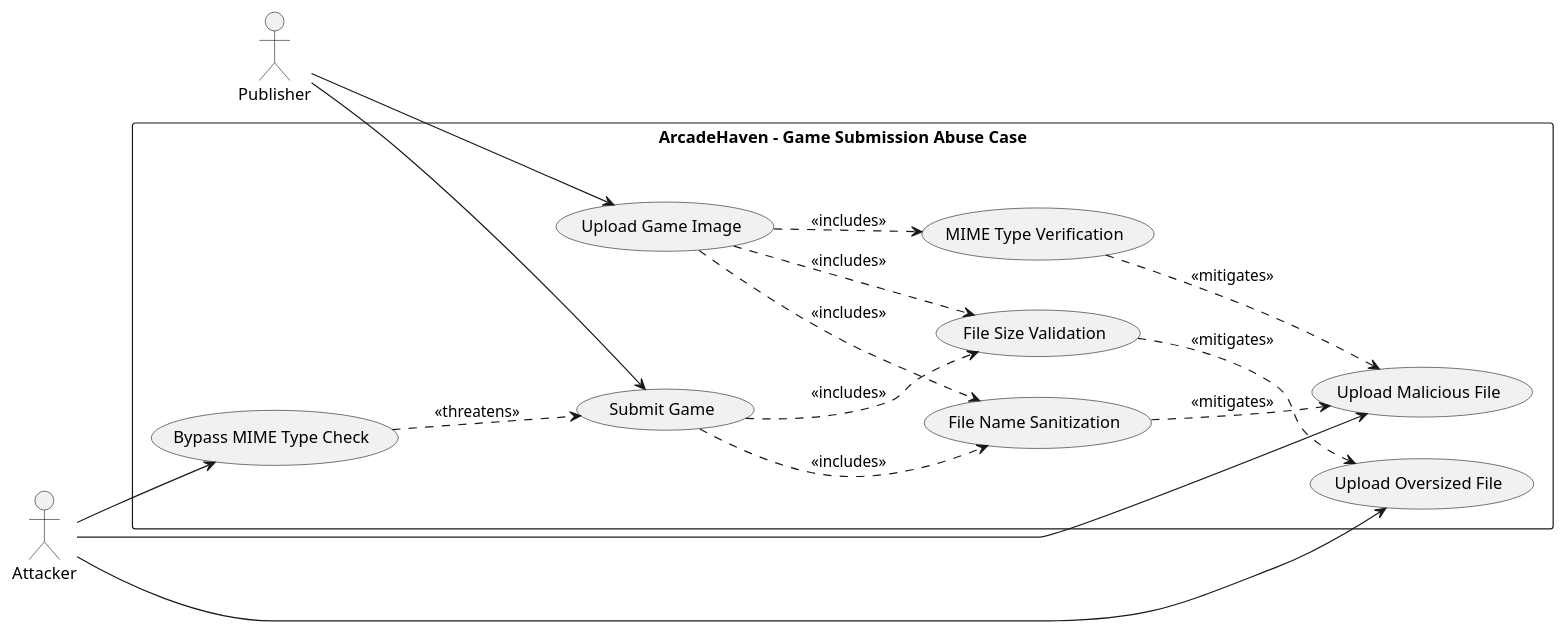
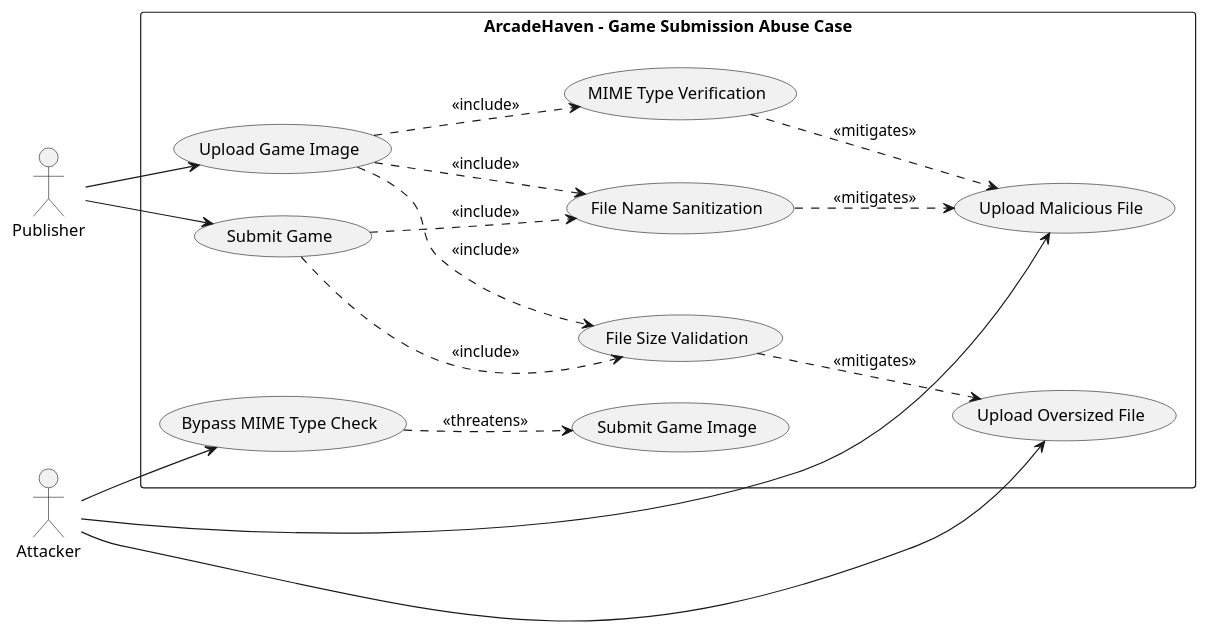
Before and after one commit to mei-desofs/desofs2026-wed_nap_2: the diagram in Documentation/ThreatModeling/AbuseCases/v2/game-submission-abuse-case.puml, drawn with PlantUML. The commit also changed 11 other files, not shown here.

```diff
--- a/Documentation/ThreatModeling/AbuseCases/v2/game-submission-abuse-case.puml
+++ b/Documentation/ThreatModeling/AbuseCases/v2/game-submission-abuse-case.puml
@@ -1,33 +1,33 @@
 @startuml
 
 left to right direction
 skinparam packageStyle rectangle
 
 actor Publisher
 actor Attacker
 
 rectangle "ArcadeHaven - Game Submission Abuse Case" {
 
   Publisher --> (Submit Game)
   Publisher --> (Upload Game Image)
 
   Attacker --> (Upload Malicious File)
   Attacker --> (Upload Oversized File)
   Attacker --> (Bypass MIME Type Check)
 
-  (Submit Game) ..> (File Name Sanitization) : <<includes>>
-  (Submit Game) ..> (File Size Validation) : <<includes>>
+  (Submit Game) ..> (File Name Sanitization) : <<include>>
+  (Submit Game) ..> (File Size Validation) : <<include>>
 
-  (Upload Game Image) ..> (File Name Sanitization) : <<includes>>
-  (Upload Game Image) ..> (File Size Validation) : <<includes>>
-  (Upload Game Image) ..> (MIME Type Verification) : <<includes>>
+  (Upload Game Image) ..> (File Name Sanitization) : <<include>>
+  (Upload Game Image) ..> (File Size Validation) : <<include>>
+  (Upload Game Image) ..> (MIME Type Verification) : <<include>>
 
   (File Name Sanitization) ..> (Upload Malicious File) : <<mitigates>>
   (MIME Type Verification) ..> (Upload Malicious File) : <<mitigates>>
   (File Size Validation) ..> (Upload Oversized File) : <<mitigates>>
 
-  (Bypass MIME Type Check) ..> (Submit Game) : <<threatens>>
+  (Bypass MIME Type Check) ..> (Submit Game Image) : <<threatens>>
 
 }
 
 @enduml
```
